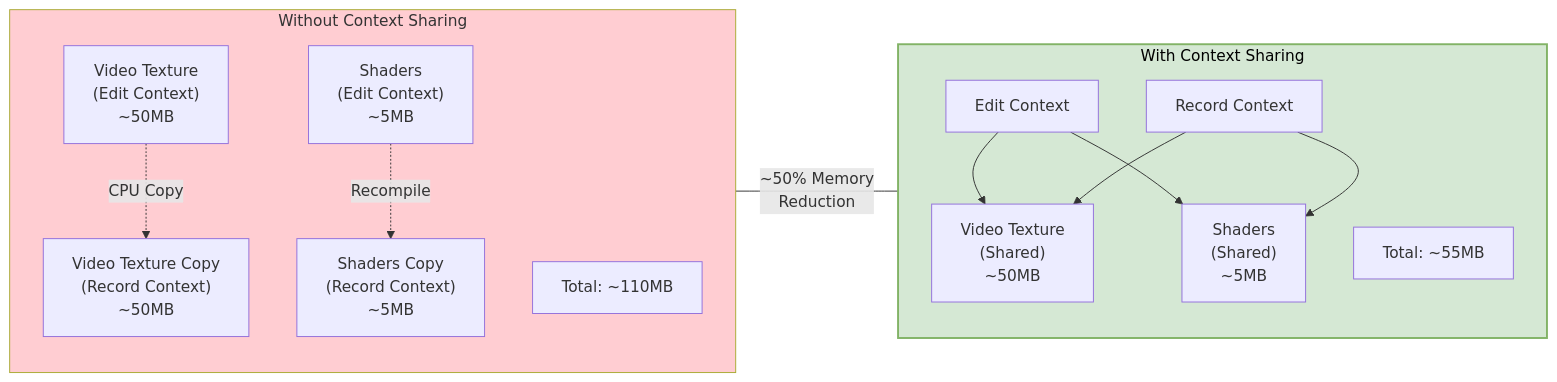
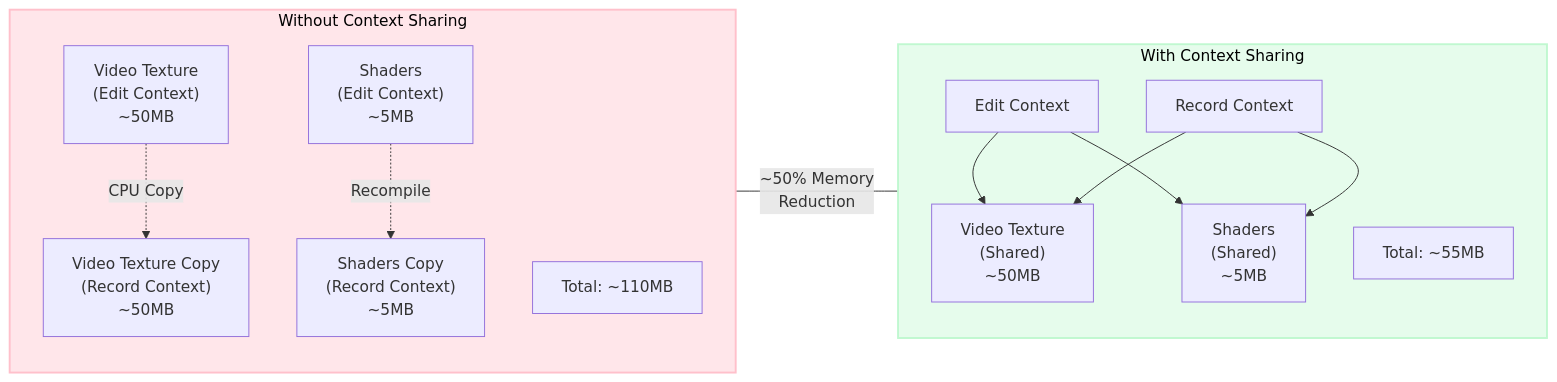
The fifth of 5 diagrams in _posts/2021-11-21-storybeat-tales.md (monday8am/monday8am.github.io), drawn with Mermaid before and after one commit. The commit also changed other lines of this file, not shown here.

````diff
--- a/_posts/2021-11-21-storybeat-tales.md
+++ b/_posts/2021-11-21-storybeat-tales.md
@@ -423,31 +436,31 @@
 ```mermaid
 flowchart LR
     subgraph Without["Without Context Sharing"]
         direction TB
         V1["Video Texture<br/>(Edit Context)<br/>~50MB"]
         V2["Video Texture Copy<br/>(Record Context)<br/>~50MB"]
         S1["Shaders<br/>(Edit Context)<br/>~5MB"]
         S2["Shaders Copy<br/>(Record Context)<br/>~5MB"]
         Total1["Total: ~110MB"]
 
         V1 -.->|"CPU Copy"| V2
         S1 -.->|"Recompile"| S2
     end
 
     subgraph With["With Context Sharing"]
         direction TB
         VS["Video Texture<br/>(Shared)<br/>~50MB"]
         SS["Shaders<br/>(Shared)<br/>~5MB"]
         Total2["Total: ~55MB"]
 
         Edit2["Edit Context"] --> VS
         Record2["Record Context"] --> VS
         Edit2 --> SS
         Record2 --> SS
     end
 
     Without ---|"~50% Memory<br/>Reduction"| With
 
-    style Without fill:#ffcdd2
-    style With fill:#d5e8d4,stroke:#82b366,stroke-width:2px,color:black
+    style Without fill:#ffc0cb66,stroke:#ffc0cb,stroke-width:2px,color:black
+    style With fill:#c0f8d066,stroke:#c0f8d0,stroke-width:2px,color:black
 ```
````
